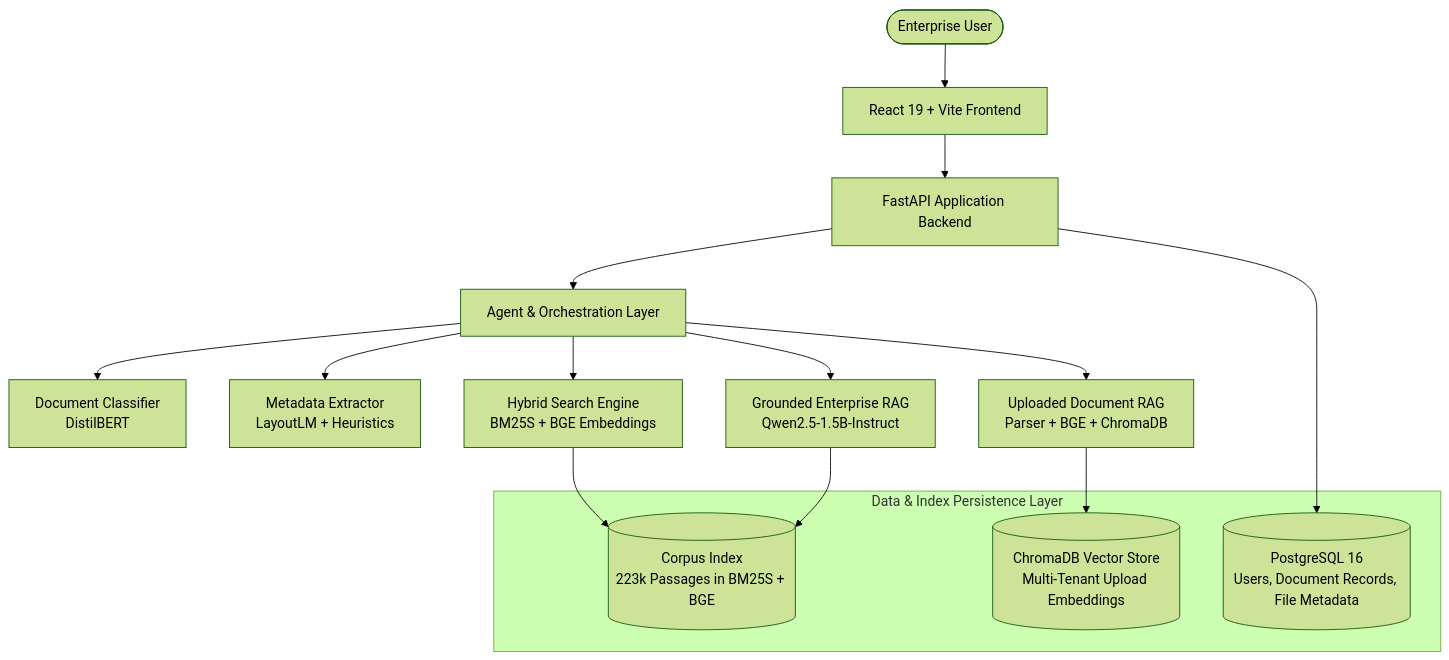
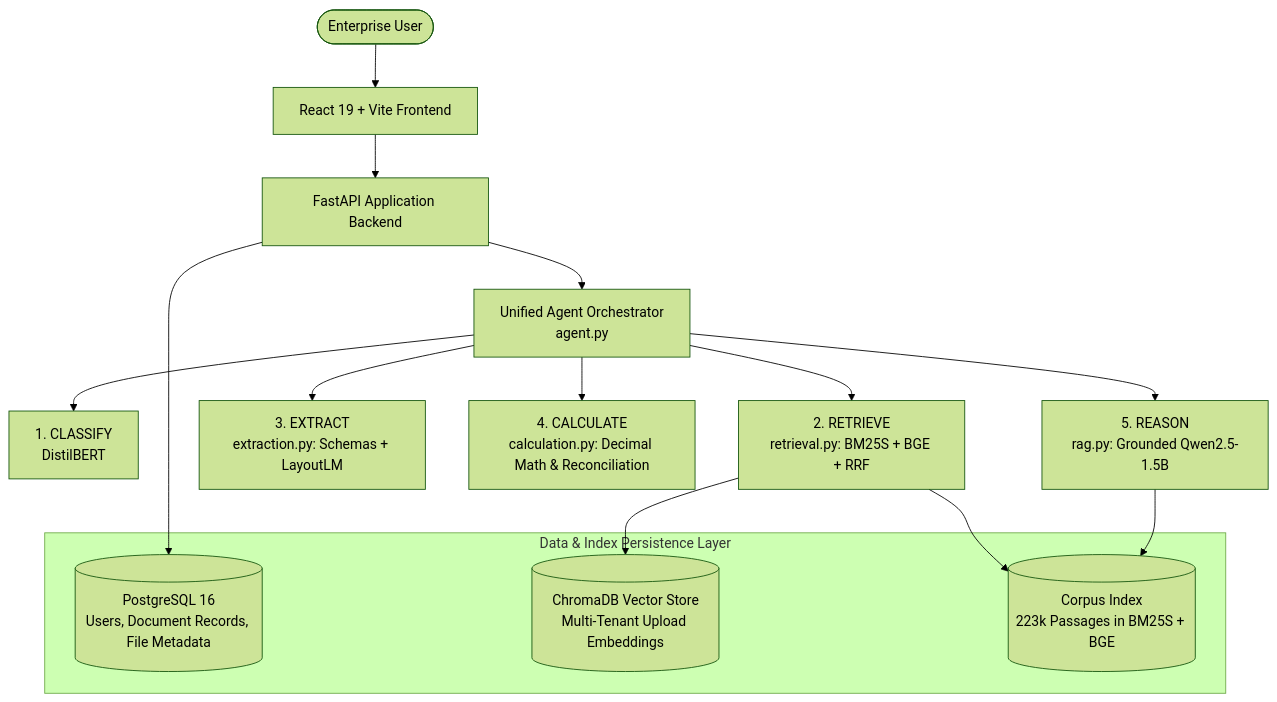
The diagram in README.md (SudeepKagi/DocuMind), drawn with Mermaid (forest theme) before and after one commit. The commit also changed other lines of this file and 25 other files, not shown here.

Commit message:
feat: implement unified agent orchestrator, backend services, evaluation scripts, and test suite

````diff
--- a/README.md
+++ b/README.md
@@ -37,23 +65,23 @@
 ```mermaid
 flowchart TD
     User([Enterprise User]) --> UI[React 19 + Vite Frontend]
     UI --> API[FastAPI Application Backend]
     
-    API --> AgentLayer[Agent & Orchestration Layer]
-    AgentLayer --> Classify[Document Classifier<br/>DistilBERT]
-    AgentLayer --> Extract[Metadata Extractor<br/>LayoutLM + Heuristics]
-    AgentLayer --> Hybrid[Hybrid Search Engine<br/>BM25S + BGE Embeddings]
-    AgentLayer --> GroundedRAG[Grounded Enterprise RAG<br/>Qwen2.5-1.5B-Instruct]
-    AgentLayer --> UploadRAG[Uploaded Document RAG<br/>Parser + BGE + ChromaDB]
+    API --> Agent[Unified Agent Orchestrator<br/>agent.py]
+    Agent --> Classify[1. CLASSIFY<br/>DistilBERT]
+    Agent --> Retrieve[2. RETRIEVE<br/>retrieval.py: BM25S + BGE + RRF]
+    Agent --> Extract[3. EXTRACT<br/>extraction.py: Schemas + LayoutLM]
+    Agent --> Calculate[4. CALCULATE<br/>calculation.py: Decimal Math & Reconciliation]
+    Agent --> Reason[5. REASON<br/>rag.py: Grounded Qwen2.5-1.5B]
     
     subgraph DataLayer["Data & Index Persistence Layer"]
         PG[(PostgreSQL 16<br/>Users, Document Records, File Metadata)]
         ChromaStore[(ChromaDB Vector Store<br/>Multi-Tenant Upload Embeddings)]
         CorpusIndex[(Corpus Index<br/>223k Passages in BM25S + BGE)]
     end
     
     API --> PG
-    Hybrid --> CorpusIndex
-    GroundedRAG --> CorpusIndex
-    UploadRAG --> ChromaStore
+    Retrieve --> CorpusIndex
+    Retrieve --> ChromaStore
+    Reason --> CorpusIndex
 ```
````
